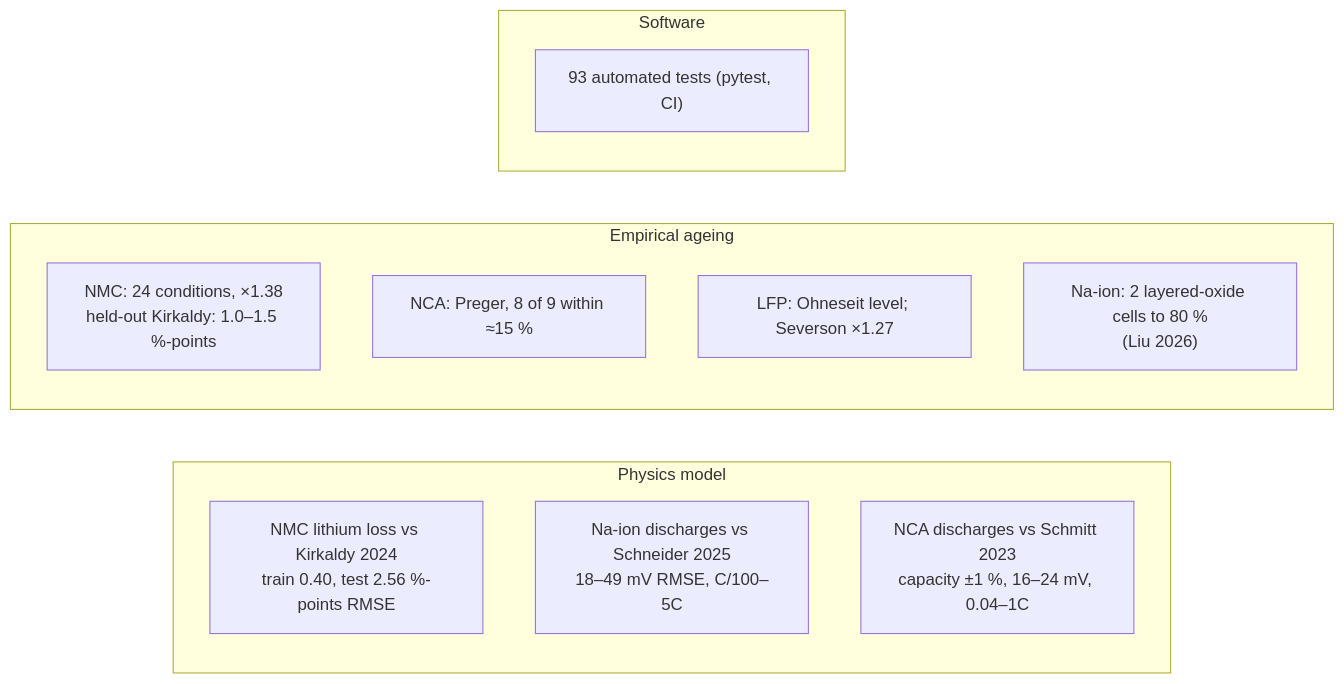
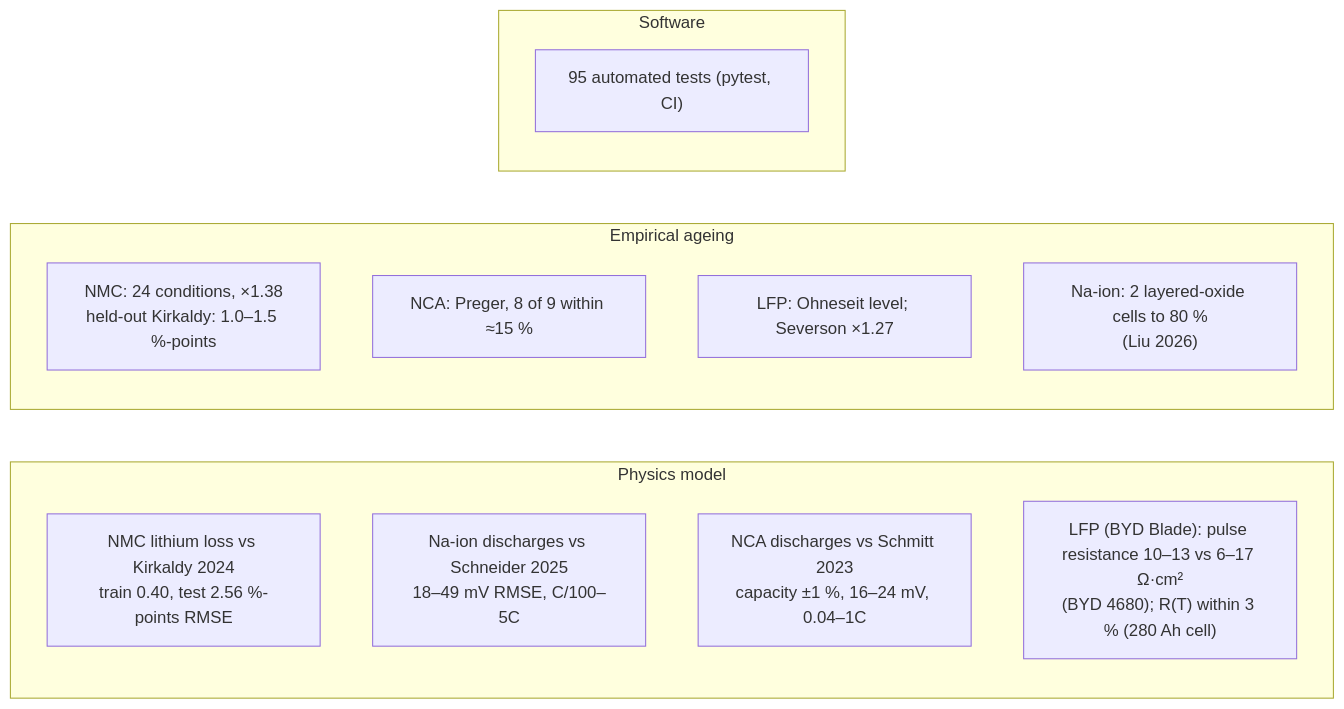
Diagram 12 of 12 in README.md (TheJohn01/DigitalTwinBattery), drawn with Mermaid before and after one commit. The commit also changed other lines of this file and 19 other files, not shown here.

First line of the commit message:
LFP: commercial BEV cell (BYD Blade, 135 Ah) instead of the A123 26650

````diff
--- a/README.md
+++ b/README.md
@@ -1323,17 +1323,18 @@
 ```mermaid
 flowchart LR
     subgraph PHY["Physics model"]
         V1["NMC lithium loss vs Kirkaldy 2024<br/>train 0.40, test 2.56 %-points RMSE"]
         V0["Na-ion discharges vs Schneider 2025<br/>18–49 mV RMSE, C/100–5C"]
         V7["NCA discharges vs Schmitt 2023<br/>capacity ±1 %, 16–24 mV, 0.04–1C"]
+        V8["LFP (BYD Blade): pulse resistance 10–13 vs 6–17 Ω·cm²<br/>(BYD 4680); R(T) within 3 % (280 Ah cell)"]
     end
     subgraph EMP["Empirical ageing"]
         V2["NMC: 24 conditions, ×1.38<br/>held-out Kirkaldy: 1.0–1.5 %-points"]
         V3["NCA: Preger, 8 of 9 within ≈15 %"]
         V4["LFP: Ohneseit level; Severson ×1.27"]
         V5["Na-ion: 2 layered-oxide cells to 80 %<br/>(Liu 2026)"]
     end
     subgraph SW["Software"]
-        V6["93 automated tests (pytest, CI)"]
+        V6["95 automated tests (pytest, CI)"]
     end
 ```
````
